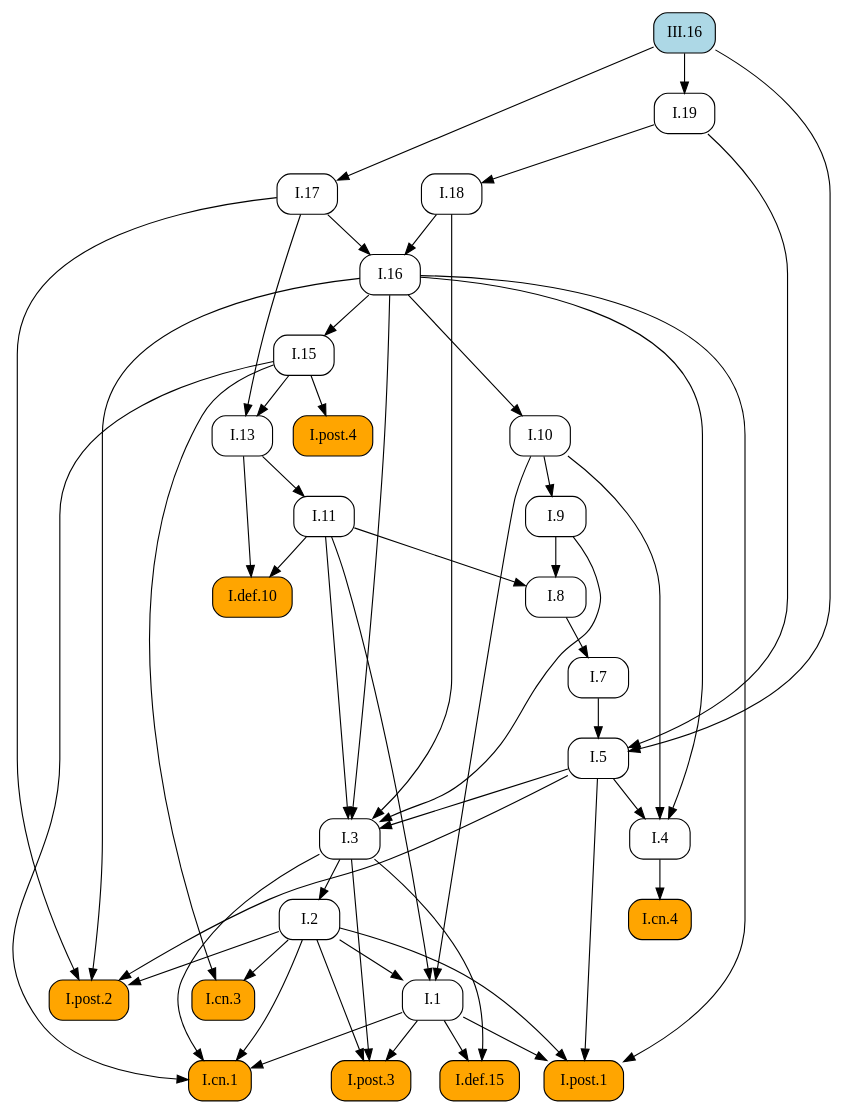
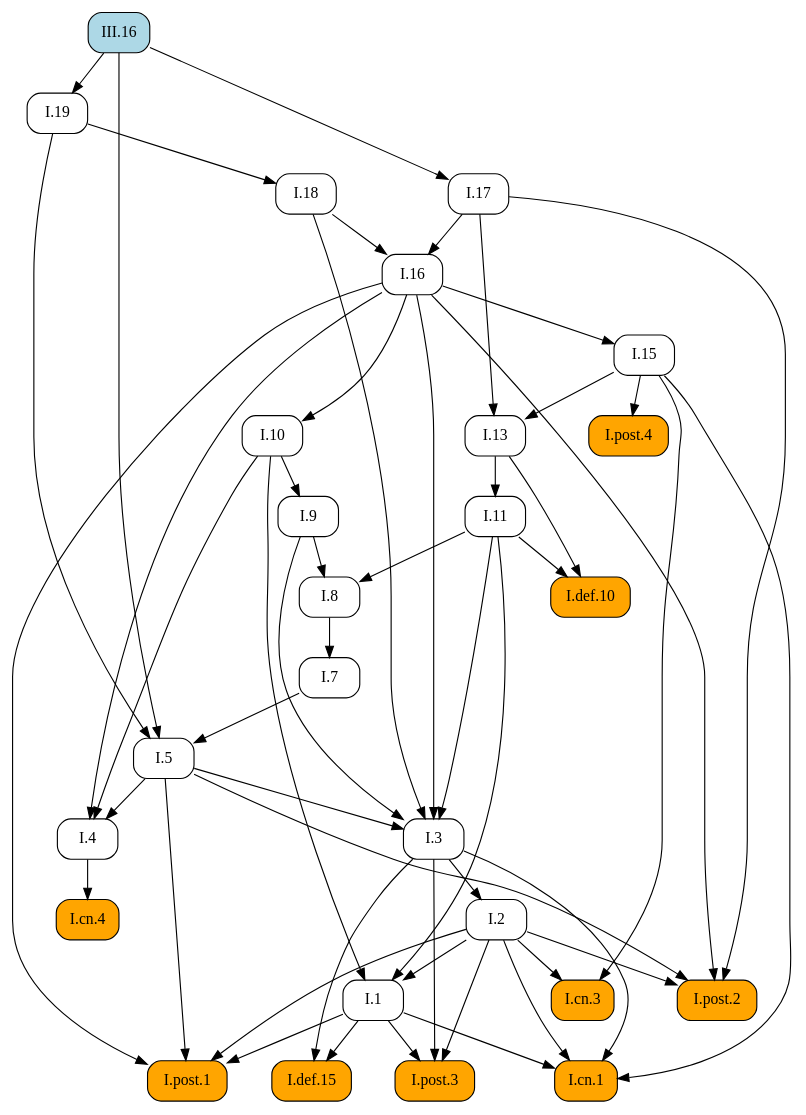
Before and after one commit to geometor/elements: the diagram in docsrc/heath/III/16/index.rst, drawn with Graphviz. The commit also changed other lines of this file and 484 other files, not shown here.

```diff
--- a/docsrc/heath/III/16/index.rst
+++ b/docsrc/heath/III/16/index.rst
@@ -108,82 +112,82 @@
    digraph {
      rankdir="TB";
      node [shape=box, style=rounded];
-     "I.def.10" [style="rounded,filled", fillcolor=orange, URL="/heath/I/def.10/", target="_top"];
-     "I.11" [URL="/heath/I/11/", target="_top"];
-     "I.post.4" [style="rounded,filled", fillcolor=orange, URL="/heath/I/post.4/", target="_top"];
-     "I.1" [URL="/heath/I/1/", target="_top"];
-     "III.16" [style="rounded,filled", fillcolor=lightblue, URL="/heath/III/16/", target="_top"];
-     "I.7" [URL="/heath/I/7/", target="_top"];
-     "I.3" [URL="/heath/I/3/", target="_top"];
-     "I.2" [URL="/heath/I/2/", target="_top"];
-     "I.4" [URL="/heath/I/4/", target="_top"];
-     "I.13" [URL="/heath/I/13/", target="_top"];
-     "I.17" [URL="/heath/I/17/", target="_top"];
-     "I.post.2" [style="rounded,filled", fillcolor=orange, URL="/heath/I/post.2/", target="_top"];
-     "I.18" [URL="/heath/I/18/", target="_top"];
-     "I.16" [URL="/heath/I/16/", target="_top"];
-     "I.def.15" [style="rounded,filled", fillcolor=orange, URL="/heath/I/def.15/", target="_top"];
-     "I.19" [URL="/heath/I/19/", target="_top"];
-     "I.post.3" [style="rounded,filled", fillcolor=orange, URL="/heath/I/post.3/", target="_top"];
      "I.9" [URL="/heath/I/9/", target="_top"];
      "I.cn.1" [style="rounded,filled", fillcolor=orange, URL="/heath/I/cn.1/", target="_top"];
+     "I.7" [URL="/heath/I/7/", target="_top"];
+     "I.2" [URL="/heath/I/2/", target="_top"];
+     "I.def.15" [style="rounded,filled", fillcolor=orange, URL="/heath/I/def.15/", target="_top"];
+     "I.13" [URL="/heath/I/13/", target="_top"];
+     "I.post.4" [style="rounded,filled", fillcolor=orange, URL="/heath/I/post.4/", target="_top"];
+     "I.4" [URL="/heath/I/4/", target="_top"];
+     "I.1" [URL="/heath/I/1/", target="_top"];
+     "I.post.3" [style="rounded,filled", fillcolor=orange, URL="/heath/I/post.3/", target="_top"];
+     "I.post.1" [style="rounded,filled", fillcolor=orange, URL="/heath/I/post.1/", target="_top"];
+     "I.5" [URL="/heath/I/5/", target="_top"];
+     "I.19" [URL="/heath/I/19/", target="_top"];
+     "I.17" [URL="/heath/I/17/", target="_top"];
+     "I.8" [URL="/heath/I/8/", target="_top"];
      "I.cn.3" [style="rounded,filled", fillcolor=orange, URL="/heath/I/cn.3/", target="_top"];
-     "I.8" [URL="/heath/I/8/", target="_top"];
+     "I.16" [URL="/heath/I/16/", target="_top"];
+     "III.16" [style="rounded,filled", fillcolor=lightblue, URL="/heath/III/16/", target="_top"];
+     "I.def.10" [style="rounded,filled", fillcolor=orange, URL="/heath/I/def.10/", target="_top"];
+     "I.18" [URL="/heath/I/18/", target="_top"];
+     "I.15" [URL="/heath/I/15/", target="_top"];
+     "I.10" [URL="/heath/I/10/", target="_top"];
+     "I.11" [URL="/heath/I/11/", target="_top"];
      "I.cn.4" [style="rounded,filled", fillcolor=orange, URL="/heath/I/cn.4/", target="_top"];
-     "I.15" [URL="/heath/I/15/", target="_top"];
-     "I.post.1" [style="rounded,filled", fillcolor=orange, URL="/heath/I/post.1/", target="_top"];
-     "I.10" [URL="/heath/I/10/", target="_top"];
-     "I.5" [URL="/heath/I/5/", target="_top"];
-     "I.11" -> "I.def.10";
-     "I.13" -> "I.def.10";
-     "I.13" -> "I.11";
+     "I.post.2" [style="rounded,filled", fillcolor=orange, URL="/heath/I/post.2/", target="_top"];
+     "I.3" [URL="/heath/I/3/", target="_top"];
+     "I.10" -> "I.9";
+     "I.1" -> "I.cn.1";
+     "I.2" -> "I.cn.1";
+     "I.3" -> "I.cn.1";
+     "I.15" -> "I.cn.1";
+     "I.8" -> "I.7";
+     "I.3" -> "I.2";
+     "I.1" -> "I.def.15";
+     "I.3" -> "I.def.15";
+     "I.15" -> "I.13";
+     "I.17" -> "I.13";
      "I.15" -> "I.post.4";
+     "I.5" -> "I.4";
+     "I.10" -> "I.4";
+     "I.16" -> "I.4";
      "I.2" -> "I.1";
      "I.10" -> "I.1";
      "I.11" -> "I.1";
-     "I.8" -> "I.7";
+     "I.1" -> "I.post.3";
+     "I.2" -> "I.post.3";
+     "I.3" -> "I.post.3";
+     "I.1" -> "I.post.1";
+     "I.2" -> "I.post.1";
+     "I.5" -> "I.post.1";
+     "I.16" -> "I.post.1";
+     "I.7" -> "I.5";
+     "I.19" -> "I.5";
+     "III.16" -> "I.5";
+     "III.16" -> "I.19";
+     "III.16" -> "I.17";
+     "I.9" -> "I.8";
+     "I.11" -> "I.8";
+     "I.2" -> "I.cn.3";
+     "I.15" -> "I.cn.3";
+     "I.17" -> "I.16";
+     "I.18" -> "I.16";
+     "I.11" -> "I.def.10";
+     "I.13" -> "I.def.10";
+     "I.19" -> "I.18";
+     "I.16" -> "I.15";
+     "I.16" -> "I.10";
+     "I.13" -> "I.11";
+     "I.4" -> "I.cn.4";
+     "I.2" -> "I.post.2";
+     "I.5" -> "I.post.2";
+     "I.16" -> "I.post.2";
+     "I.17" -> "I.post.2";
      "I.5" -> "I.3";
      "I.9" -> "I.3";
      "I.11" -> "I.3";
      "I.16" -> "I.3";
      "I.18" -> "I.3";
-     "I.3" -> "I.2";
-     "I.5" -> "I.4";
-     "I.10" -> "I.4";
-     "I.16" -> "I.4";
-     "I.15" -> "I.13";
-     "I.17" -> "I.13";
-     "III.16" -> "I.17";
-     "I.2" -> "I.post.2";
-     "I.5" -> "I.post.2";
-     "I.16" -> "I.post.2";
-     "I.17" -> "I.post.2";
-     "I.19" -> "I.18";
-     "I.17" -> "I.16";
-     "I.18" -> "I.16";
-     "I.1" -> "I.def.15";
-     "I.3" -> "I.def.15";
-     "III.16" -> "I.19";
-     "I.1" -> "I.post.3";
-     "I.2" -> "I.post.3";
-     "I.3" -> "I.post.3";
-     "I.10" -> "I.9";
-     "I.1" -> "I.cn.1";
-     "I.2" -> "I.cn.1";
-     "I.3" -> "I.cn.1";
-     "I.15" -> "I.cn.1";
-     "I.2" -> "I.cn.3";
-     "I.15" -> "I.cn.3";
-     "I.9" -> "I.8";
-     "I.11" -> "I.8";
-     "I.4" -> "I.cn.4";
-     "I.16" -> "I.15";
-     "I.1" -> "I.post.1";
-     "I.2" -> "I.post.1";
-     "I.5" -> "I.post.1";
-     "I.16" -> "I.post.1";
-     "I.16" -> "I.10";
-     "I.7" -> "I.5";
-     "I.19" -> "I.5";
-     "III.16" -> "I.5";
    }
```
